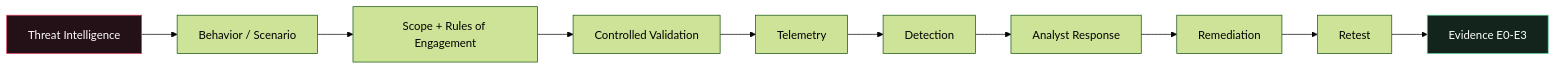
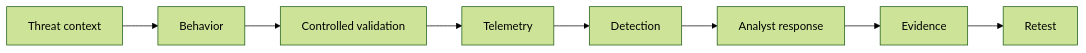
Before and after one commit to Ridd1kulusC0d3r/RedFrameworks: the diagram in README.md, drawn with Mermaid (forest theme). The commit also changed other lines of this file and 20 other files, not shown here.

First line of the commit message:
Ship Platform v5.2 Graph Intelligence and deterministic Pages

```diff
--- a/README.md
+++ b/README.md
@@ -115,15 +253,10 @@
 ~~~mermaid
 flowchart LR
-    TI["Threat Intelligence"] --> BEH["Behavior / Scenario"]
-    BEH --> SCOPE["Scope + Rules of Engagement"]
-    SCOPE --> TEST["Controlled Validation"]
-    TEST --> TEL["Telemetry"]
+    CTI["Threat context"] --> BEH["Behavior"]
+    BEH --> VAL["Controlled validation"]
+    VAL --> TEL["Telemetry"]
     TEL --> DET["Detection"]
-    DET --> RESP["Analyst Response"]
-    RESP --> REM["Remediation"]
-    REM --> RETEST["Retest"]
-    RETEST --> EVID["Evidence E0-E3"]
-
-    style TI fill:#241117,stroke:#e0445e,color:#fff
-    style EVID fill:#12241b,stroke:#5dd59a,color:#fff
+    DET --> RESP["Analyst response"]
+    RESP --> EV["Evidence"]
+    EV --> RETEST["Retest"]
 ~~~
```
